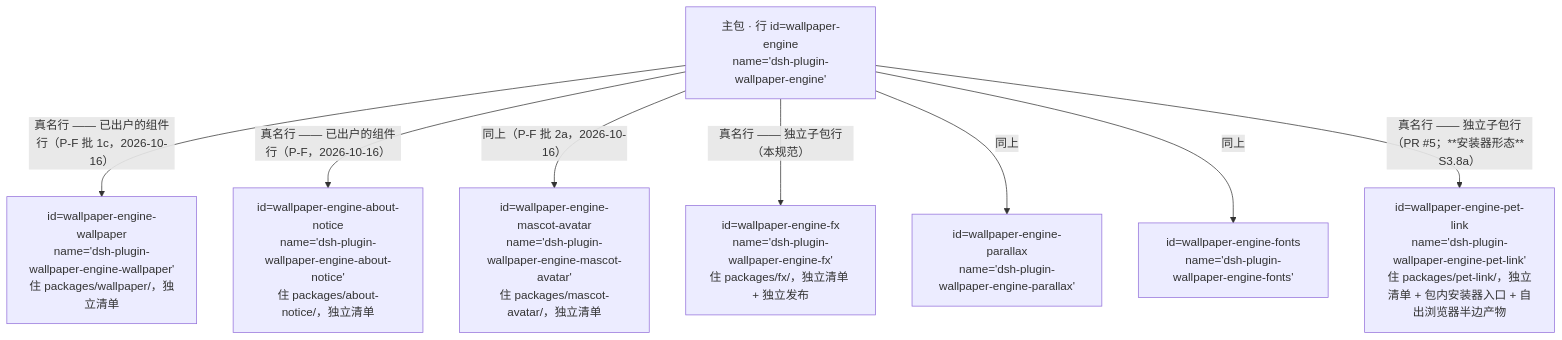
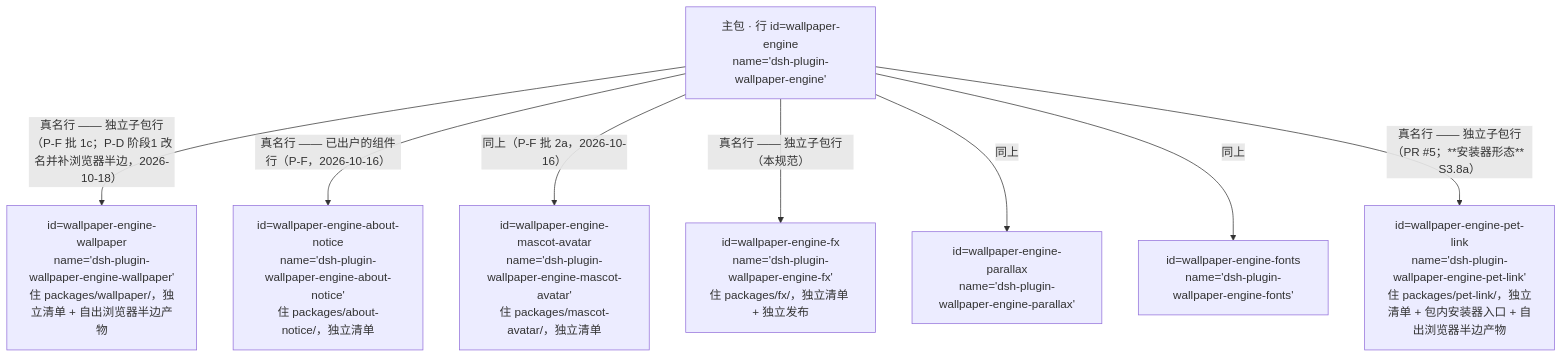
The first of 3 diagrams in docs/SUBPACKAGE-GRAPH.md (CREAMSOU/dsh-wallpaper-engine), drawn with Mermaid before and after one commit. The commit also changed other lines of this file and 2 other files, not shown here.

````diff
--- a/docs/SUBPACKAGE-GRAPH.md
+++ b/docs/SUBPACKAGE-GRAPH.md
@@ -27,11 +27,11 @@
 ```mermaid
 graph TD
   MAIN["主包 · 行 id=wallpaper-engine<br/>name='dsh-plugin-wallpaper-engine'"]
-  MAIN -->|"真名行 —— 已出户的组件行（P-F 批 1c，2026-10-16）"| C3["id=wallpaper-engine-wallpaper<br/>name='dsh-plugin-wallpaper-engine-wallpaper'<br/>住 packages/wallpaper/，独立清单"]
+  MAIN -->|"真名行 —— 独立子包行（P-F 批 1c；P-D 阶段1 改名并补浏览器半边，2026-10-18）"| C3["id=wallpaper-engine-wallpaper<br/>name='dsh-plugin-wallpaper-engine-wallpaper'<br/>住 packages/wallpaper/，独立清单 + 自出浏览器半边产物"]
   MAIN -->|"真名行 —— 已出户的组件行（P-F，2026-10-16）"| C1["id=wallpaper-engine-about-notice<br/>name='dsh-plugin-wallpaper-engine-about-notice'<br/>住 packages/about-notice/，独立清单"]
   MAIN -->|"同上（P-F 批 2a，2026-10-16）"| C2["id=wallpaper-engine-mascot-avatar<br/>name='dsh-plugin-wallpaper-engine-mascot-avatar'<br/>住 packages/mascot-avatar/，独立清单"]
   MAIN -->|"真名行 —— 独立子包行（本规范）"| S1["id=wallpaper-engine-fx<br/>name='dsh-plugin-wallpaper-engine-fx'<br/>住 packages/fx/，独立清单 + 独立发布"]
   MAIN -->|"同上"| S2["id=wallpaper-engine-parallax<br/>name='dsh-plugin-wallpaper-engine-parallax'"]
   MAIN -->|"同上"| S3["id=wallpaper-engine-fonts<br/>name='dsh-plugin-wallpaper-engine-fonts'"]
   MAIN -->|"真名行 —— 独立子包行（PR #5；**安装器形态** S3.8a）"| S4["id=wallpaper-engine-pet-link<br/>name='dsh-plugin-wallpaper-engine-pet-link'<br/>住 packages/pet-link/，独立清单 + 包内安装器入口 + 自出浏览器半边产物"]
 ```
````
